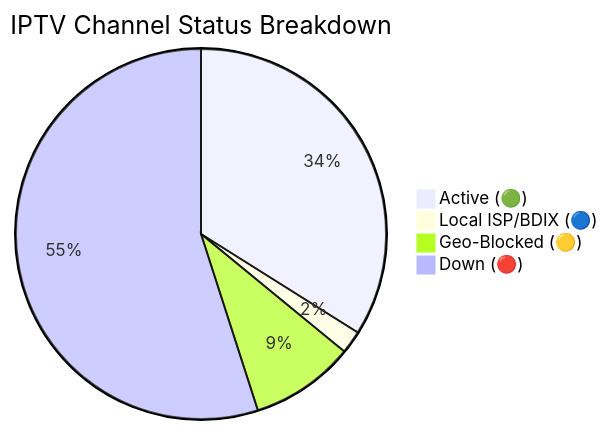
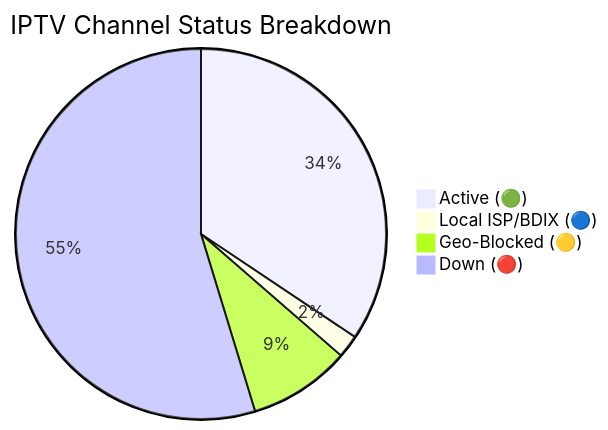
One commit to andreataylord/Ip-tv-Collection changed the diagram in README.md. Above: the diagram before and after it, drawn with Mermaid. The commit also changed other lines of this file and 1 other file, not shown here.

Commit message:
docs(readme): auto-update daily channel status chart

````diff
--- a/README.md
+++ b/README.md
@@ -59,7 +59,7 @@
 ```mermaid
 pie title IPTV Channel Status Breakdown
-    "Active (🟢)" : 2615
+    "Active (🟢)" : 2650
     "Local ISP/BDIX (🔵)" : 154
-    "Geo-Blocked (🟡)" : 702
-    "Down (🔴)" : 4236
+    "Geo-Blocked (🟡)" : 686
+    "Down (🔴)" : 4217
 ```
````
